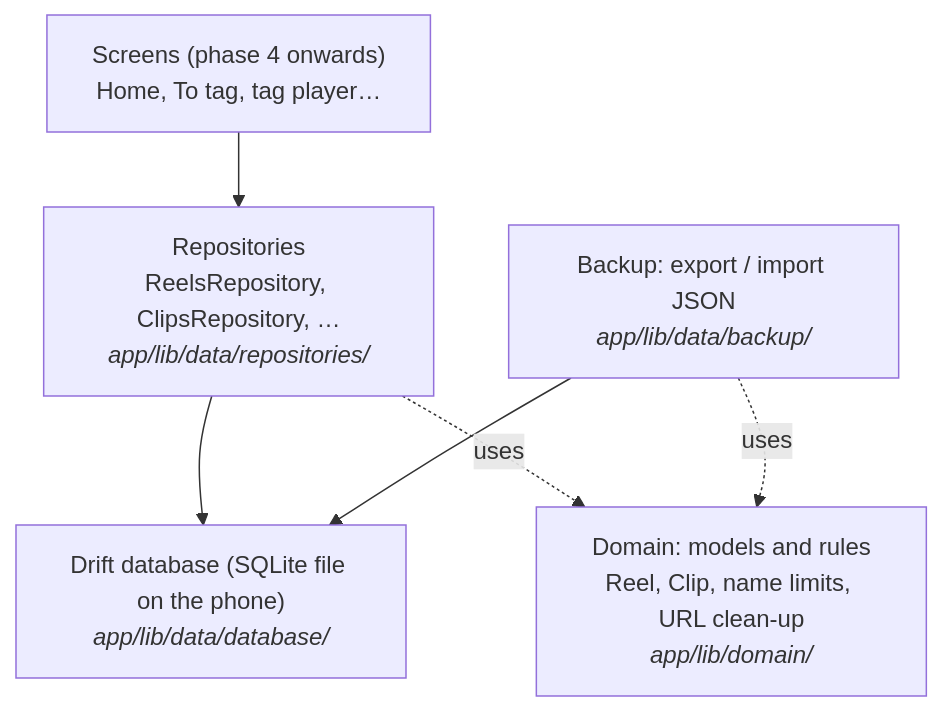
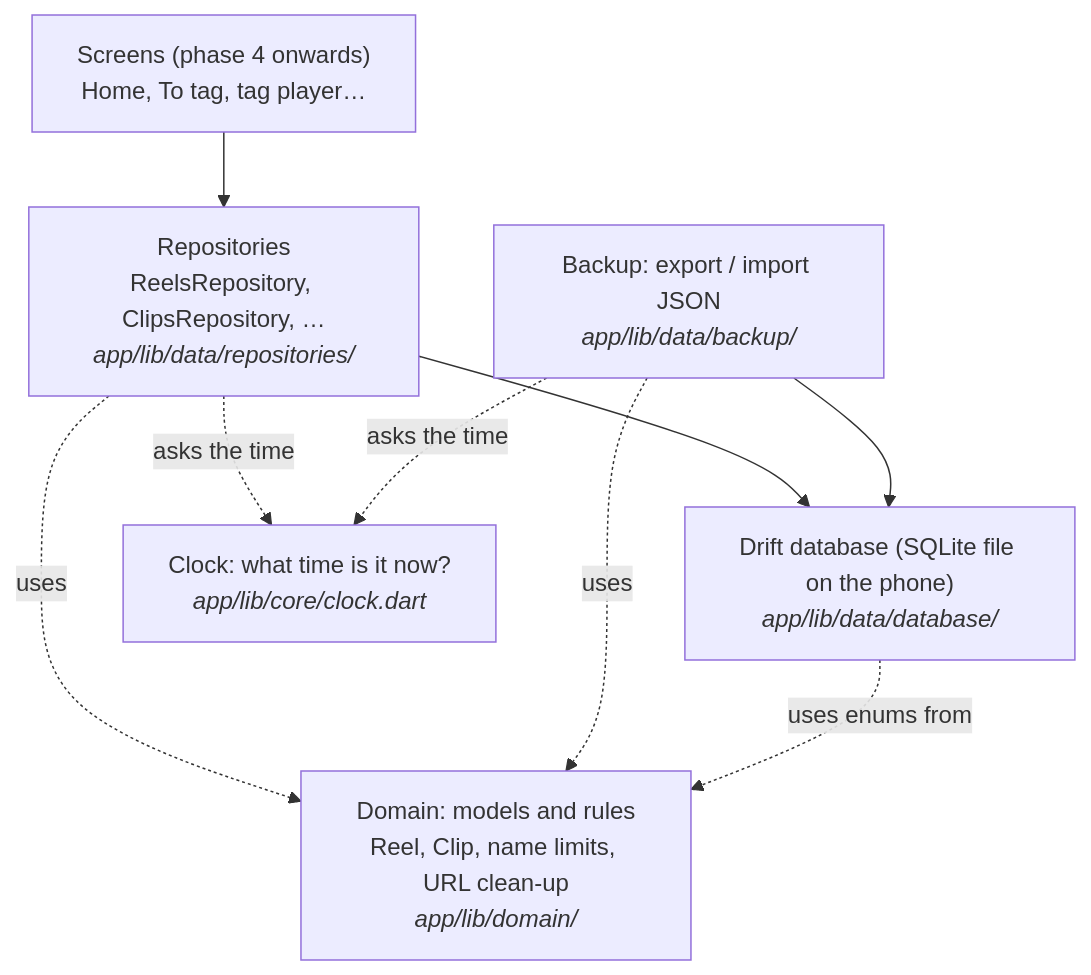
The first of 2 diagrams in docs/learn/phase-2-data-layer.md (yashsarda21/taketray), drawn with Mermaid before and after one commit. The commit also changed other lines of this file, not shown here.

````diff
--- a/docs/learn/phase-2-data-layer.md
+++ b/docs/learn/phase-2-data-layer.md
@@ -17,14 +52,18 @@
 ```mermaid
 flowchart TD
     UI["Screens (phase 4 onwards)<br/>Home, To tag, tag player…"]
     REPO["Repositories<br/>ReelsRepository, ClipsRepository, …<br/><i>app/lib/data/repositories/</i>"]
+    BACKUP["Backup: export / import JSON<br/><i>app/lib/data/backup/</i>"]
+    DB["Drift database (SQLite file on the phone)<br/><i>app/lib/data/database/</i>"]
     DOMAIN["Domain: models and rules<br/>Reel, Clip, name limits, URL clean-up<br/><i>app/lib/domain/</i>"]
-    DB["Drift database (SQLite file on the phone)<br/><i>app/lib/data/database/</i>"]
-    BACKUP["Backup: export / import JSON<br/><i>app/lib/data/backup/</i>"]
+    CORE["Clock: what time is it now?<br/><i>app/lib/core/clock.dart</i>"]
 
     UI --> REPO
     REPO --> DB
+    BACKUP --> DB
     REPO -. uses .-> DOMAIN
-    BACKUP --> DB
     BACKUP -. uses .-> DOMAIN
+    DB -. uses enums from .-> DOMAIN
+    REPO -. asks the time .-> CORE
+    BACKUP -. asks the time .-> CORE
 ```
````
